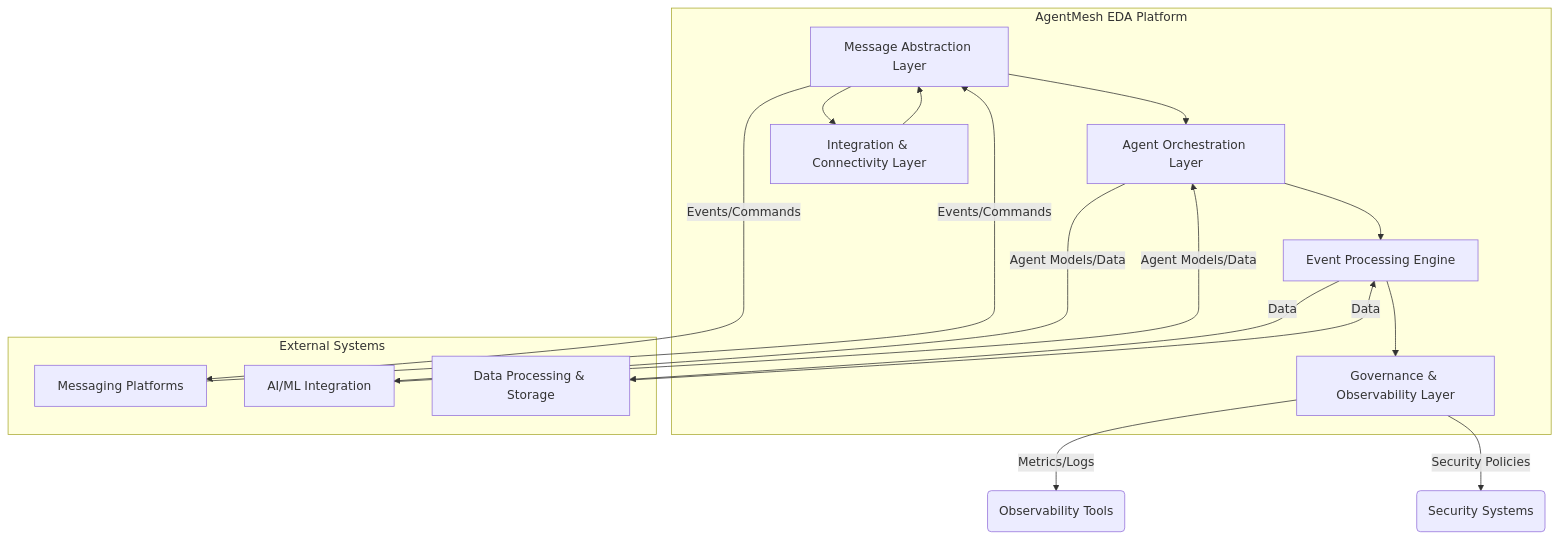
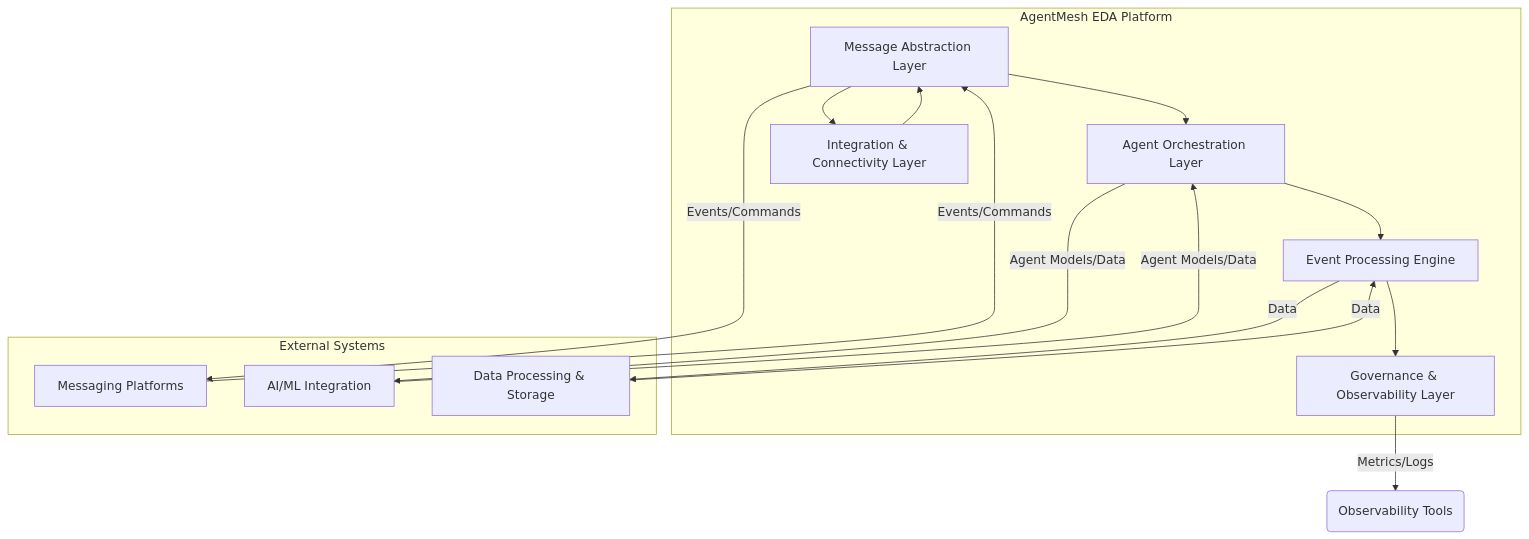
One commit to asmeyatsky/agentmesh changed the diagram in agentmesh-eda/README.md. Above: the diagram before and after it, drawn with Mermaid. The commit also changed other lines of this file, not shown here.

Commit message:
docs: Comprehensive README with full architecture, API, CLI, and configuration reference

````diff
--- a/agentmesh-eda/README.md
+++ b/agentmesh-eda/README.md
@@ -36,28 +64,24 @@
 ```mermaid
 graph TD
     subgraph AgentMesh EDA Platform
         MAL[Message Abstraction Layer] --> AOL[Agent Orchestration Layer]
         AOL --> EPE[Event Processing Engine]
         EPE --> GOL[Governance & Observability Layer]
         ICL[Integration & Connectivity Layer] --> MAL
         MAL --> ICL
     end
 
     subgraph External Systems
         MP[Messaging Platforms]
         AIML[AI/ML Integration]
         DPS[Data Processing & Storage]
     end
 
     MP -- Events/Commands --> MAL
     MAL -- Events/Commands --> MP
-
     EPE -- Data --> DPS
     DPS -- Data --> EPE
-
     AOL -- Agent Models/Data --> AIML
     AIML -- Agent Models/Data --> AOL
-
-    GOL -- Metrics/Logs --> ObservabilityTools(Observability Tools)
-    GOL -- Security Policies --> SecuritySystems(Security Systems)
+    GOL -- Metrics/Logs --> OT(Observability Tools)
 ```
````
